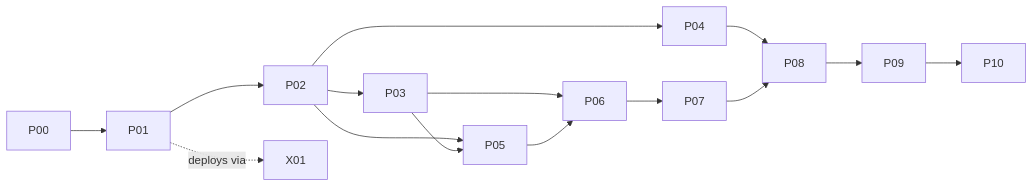
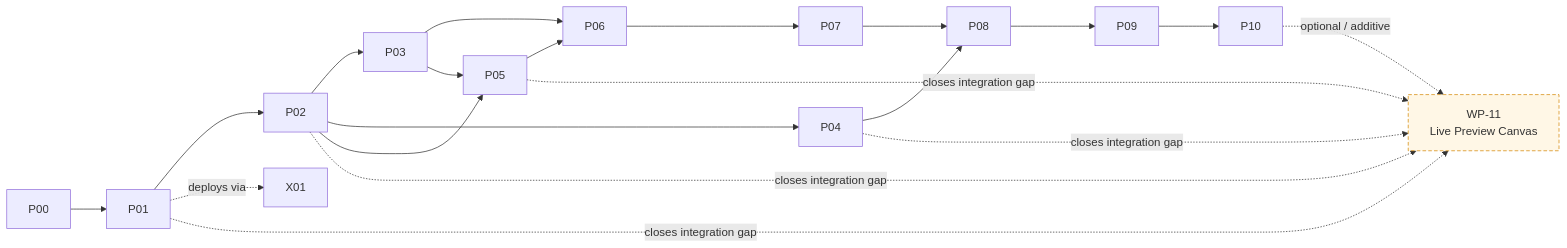
The diagram in ORCHESTRATION.md (hadimoti/joy-media), drawn with Mermaid before and after one commit. The commit also changed other lines of this file and 21 other files, not shown here.

````diff
--- a/ORCHESTRATION.md
+++ b/ORCHESTRATION.md
@@ -26,11 +27,18 @@
 ```mermaid
 flowchart LR
     P00 --> P01 --> P02
     P02 --> P03 --> P06
     P02 --> P04 --> P08
     P02 --> P05 --> P06
     P03 --> P05
     P06 --> P07 --> P08
     P08 --> P09 --> P10
     P01 -.deploys via.-> X01
+    P10 -.optional / additive.-> WP11[WP-11<br/>Live Preview Canvas]
+    P05 -.closes integration gap.-> WP11
+    P04 -.closes integration gap.-> WP11
+    P02 -.closes integration gap.-> WP11
+    P01 -.closes integration gap.-> WP11
+    classDef opt fill:#fff7e6,stroke:#d48806,stroke-dasharray: 5 3
+    class WP11 opt
 ```
````
